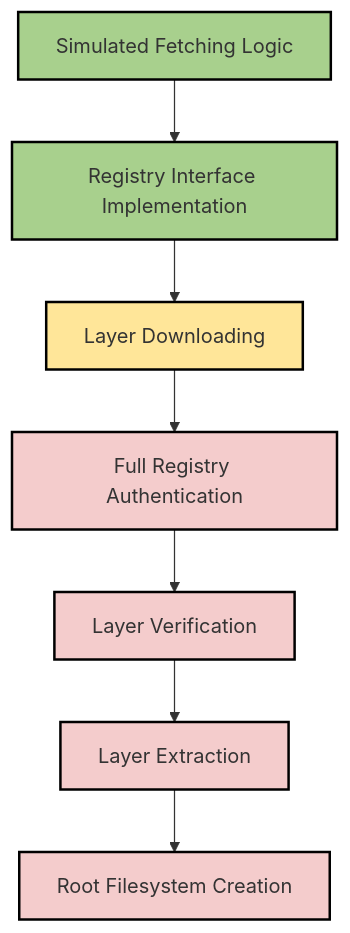
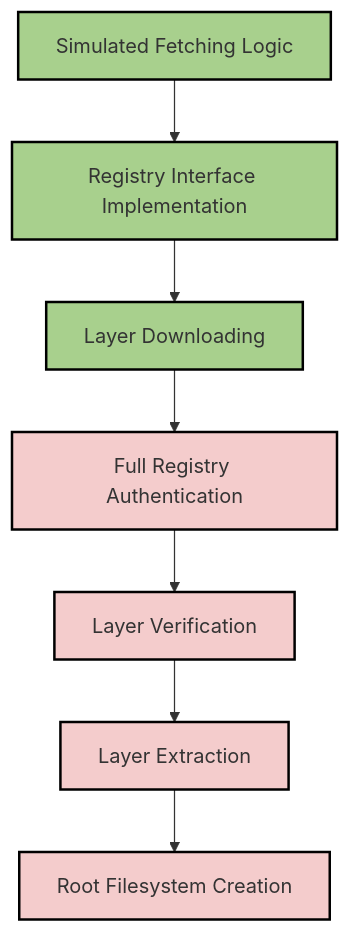
The diagram in adr-003-docker-image-download.md (j143/basic-docker-engine), drawn with Mermaid before and after one commit. The commit also changed other lines of this file, not shown here.

Commit message:
add docker image support status

````diff
--- a/adr-003-docker-image-download.md
+++ b/adr-003-docker-image-download.md
@@ -58,14 +58,14 @@
 ```mermaid
 graph TD
     A[Simulated Fetching Logic]:::implemented --> B[Registry Interface Implementation]:::implemented
-    B --> C[Layer Downloading]:::inprogress
+    B --> C[Layer Downloading]:::implemented
     C --> D[Full Registry Authentication]:::notstarted
     D --> E[Layer Verification]:::notstarted
     E --> F[Layer Extraction]:::notstarted
     F --> G[Root Filesystem Creation]:::notstarted
 
     %% Styles
     classDef implemented fill:#a8d08d,stroke:#000,stroke-width:2px;
     classDef inprogress fill:#ffe699,stroke:#000,stroke-width:2px;
     classDef notstarted fill:#f4cccc,stroke:#000,stroke-width:2px;
 ```
````
